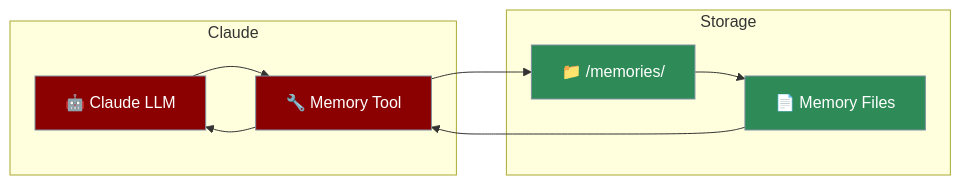
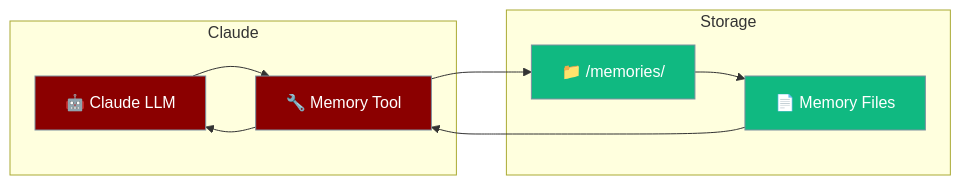
One commit to MervinPraison/PraisonAIDocs changed the diagram in docs/features/claude-memory-tool.mdx. Above: the diagram before and after it, drawn with Mermaid. The commit also changed 10 other files, not shown here.

First line of the commit message:
docs: normalise §3.1 Mermaid palette in features + tools (fixes #1556)

````diff
--- a/docs/features/claude-memory-tool.mdx
+++ b/docs/features/claude-memory-tool.mdx
@@ -30,26 +30,26 @@
 ```mermaid
 graph LR
     subgraph Claude
         LLM[🤖 Claude LLM]
         TOOL[🔧 Memory Tool]
     end
     
     subgraph Storage
         DIR[📁 /memories/]
         FILES[📄 Memory Files]
     end
     
     LLM --> TOOL
     TOOL --> DIR
     DIR --> FILES
     FILES --> TOOL
     TOOL --> LLM
     
     classDef claude fill:#8B0000,stroke:#7C90A0,color:#fff
-    classDef storage fill:#2E8B57,stroke:#7C90A0,color:#fff
+    classDef storage fill:#10B981,stroke:#7C90A0,color:#fff
     
     classDef agent fill:#8B0000,color:#fff
     classDef tool fill:#189AB4,color:#fff
     class LLM,TOOL claude
     class DIR,FILES storage
 ```
````
